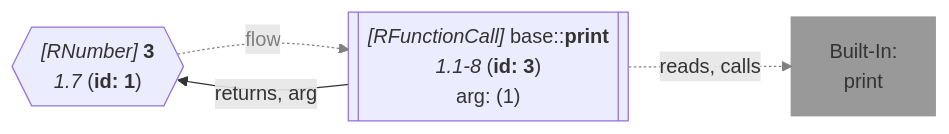
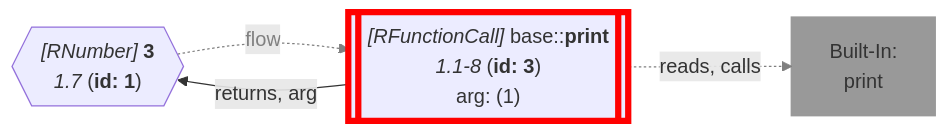
Diagram 15 of 22 in wiki/Control Flow Graph.md (flowr-analysis/flowr), drawn with Mermaid before and after one commit. The commit also changed other lines of this file and 328 other files, not shown here.

````diff
--- a/wiki/Control Flow Graph.md
+++ b/wiki/Control Flow Graph.md
@@ -695,16 +695,17 @@
 ```mermaid
 flowchart LR
     1{{"`*#91;RNumber#93;* **3**
       *1.7* (**id: 1**)`"}}
     3[["`*#91;RFunctionCall#93;* base#58;#58;**print**
       *1.1-8* (**id: 3**)
     arg: (1)`"]]
+    style 3 stroke:red,stroke-width:5px; 
     built-in:print["`Built-In:
 print`"]
     style built-in:print stroke:gray,fill:gray,stroke-width:2px,opacity:.8;
     1 -.->|"flow"| 3
     linkStyle 0 stroke:gray,color:gray;
     3 -->|"returns, arg"| 1
     3 -.->|"reads, calls"| built-in:print
     linkStyle 2 stroke:gray;
 ```
````
